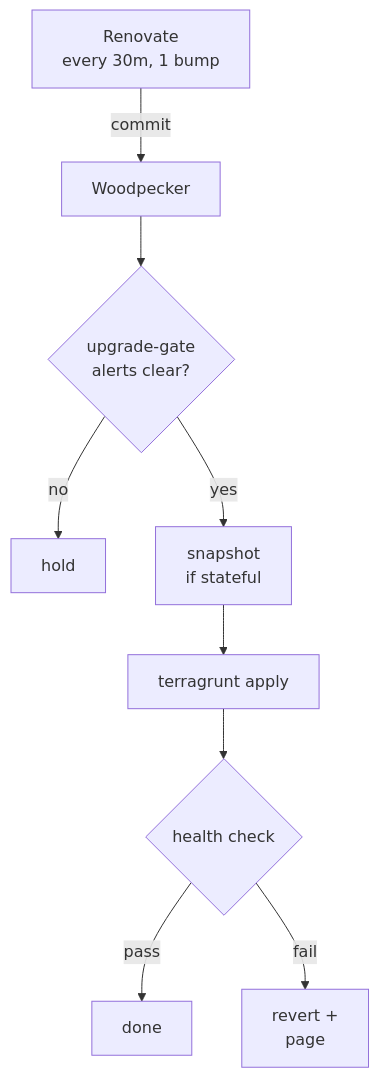
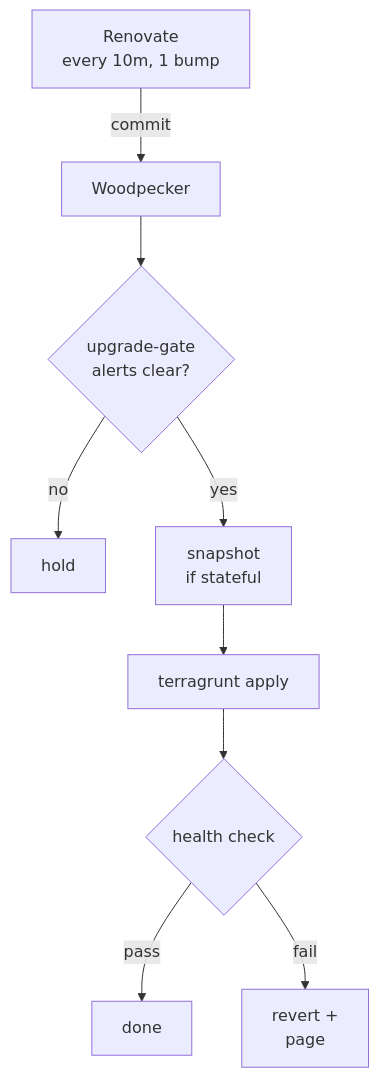
The first of 3 diagrams in docs/plans/2026-10-09-software-currency-design.md (ViktorBarzin/infra), drawn with Mermaid before and after one commit. The commit also changed other lines of this file and 8 other files, not shown here.

````diff
--- a/docs/plans/2026-10-09-software-currency-design.md
+++ b/docs/plans/2026-10-09-software-currency-design.md
@@ -61,11 +61,11 @@
 ```mermaid
 flowchart TD
-  R[Renovate<br/>every 30m, 1 bump] -->|commit| W[Woodpecker]
+  R[Renovate<br/>every 10m, 1 bump] -->|commit| W[Woodpecker]
   W --> G{upgrade-gate<br/>alerts clear?}
   G -->|no| H[hold]
   G -->|yes| S[snapshot<br/>if stateful]
   S --> A[terragrunt apply]
   A --> V{health check}
   V -->|pass| OK[done]
   V -->|fail| RV[revert +<br/>page]
 ```
````
